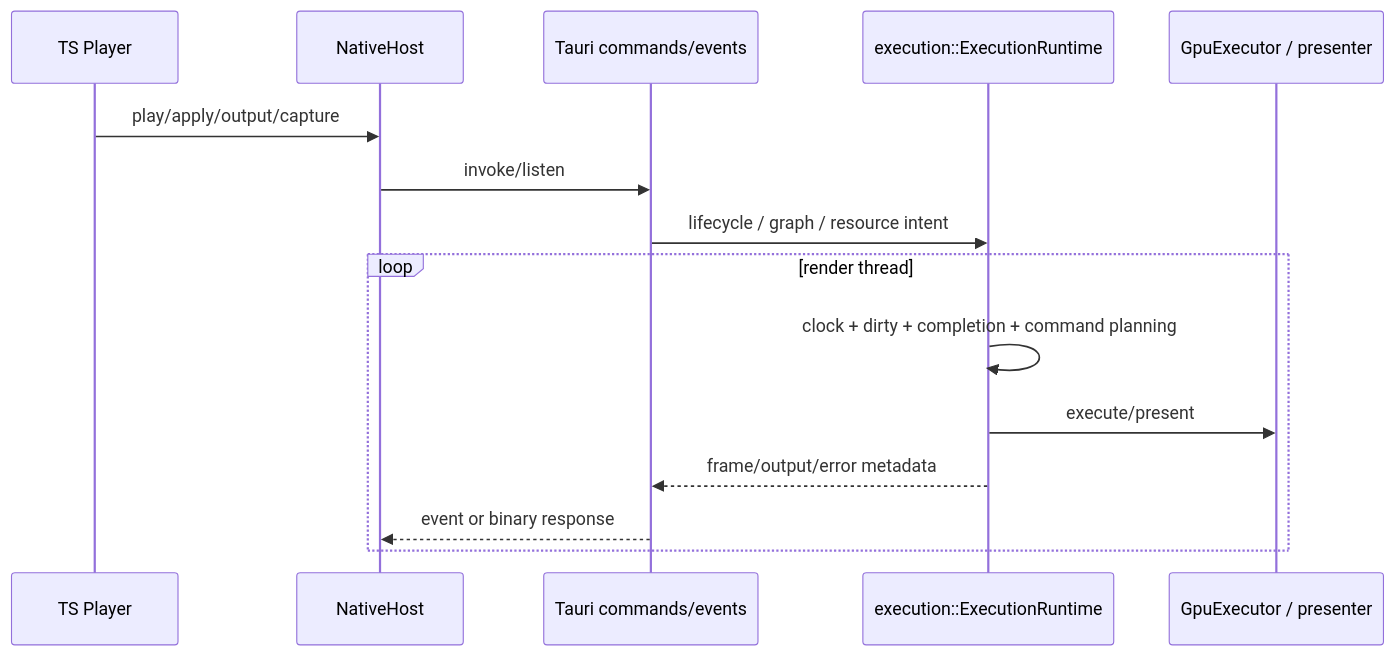
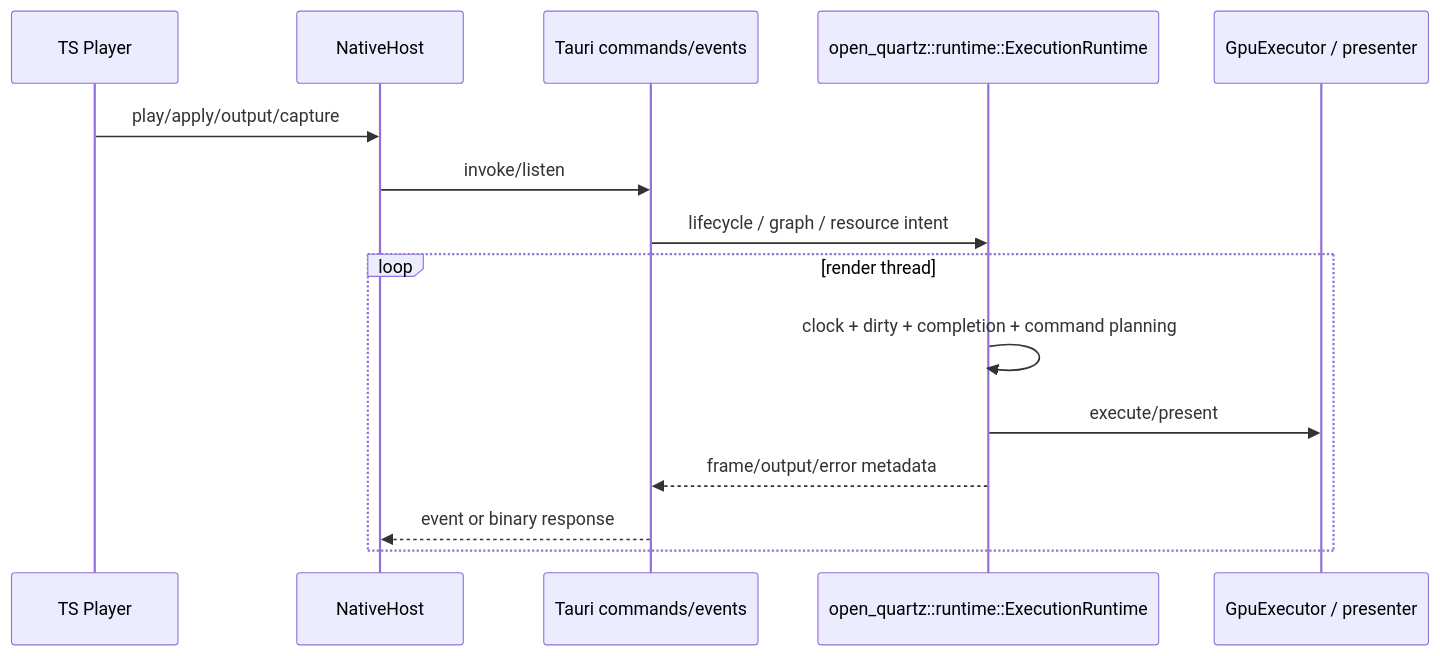
One commit to sanitor/open_quartz changed the ninth of 12 diagrams in docs/DESIGN.md. Above: the diagram before and after it, drawn with Mermaid. The commit also changed other lines of this file and 253 other files, not shown here.

````diff
--- a/docs/DESIGN.md
+++ b/docs/DESIGN.md
@@ -921,18 +869,18 @@
 ```mermaid
 sequenceDiagram
     participant UI as TS Player
     participant Host as NativeHost
     participant Cmd as Tauri commands/events
-    participant Core as execution::ExecutionRuntime
+    participant Core as open_quartz::runtime::ExecutionRuntime
     participant GPU as GpuExecutor / presenter
 
     UI->>Host: play/apply/output/capture
     Host->>Cmd: invoke/listen
     Cmd->>Core: lifecycle / graph / resource intent
     loop render thread
         Core->>Core: clock + dirty + completion + command planning
         Core->>GPU: execute/present
         Core-->>Cmd: frame/output/error metadata
         Cmd-->>Host: event or binary response
     end
 ```
````
